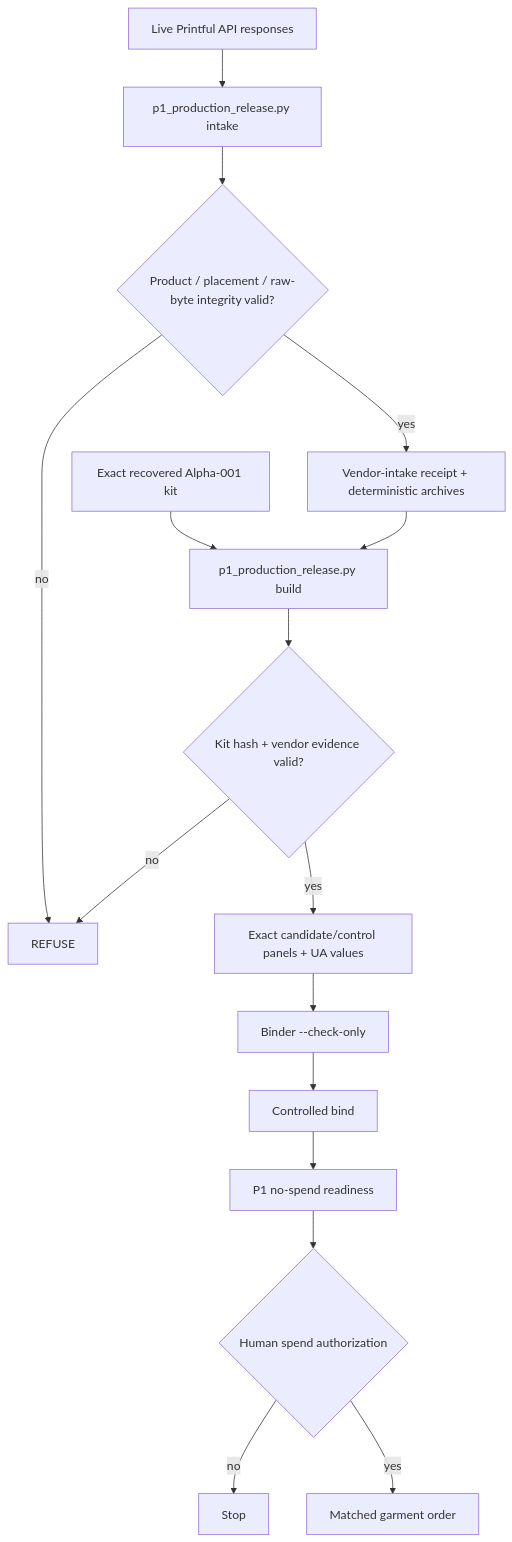
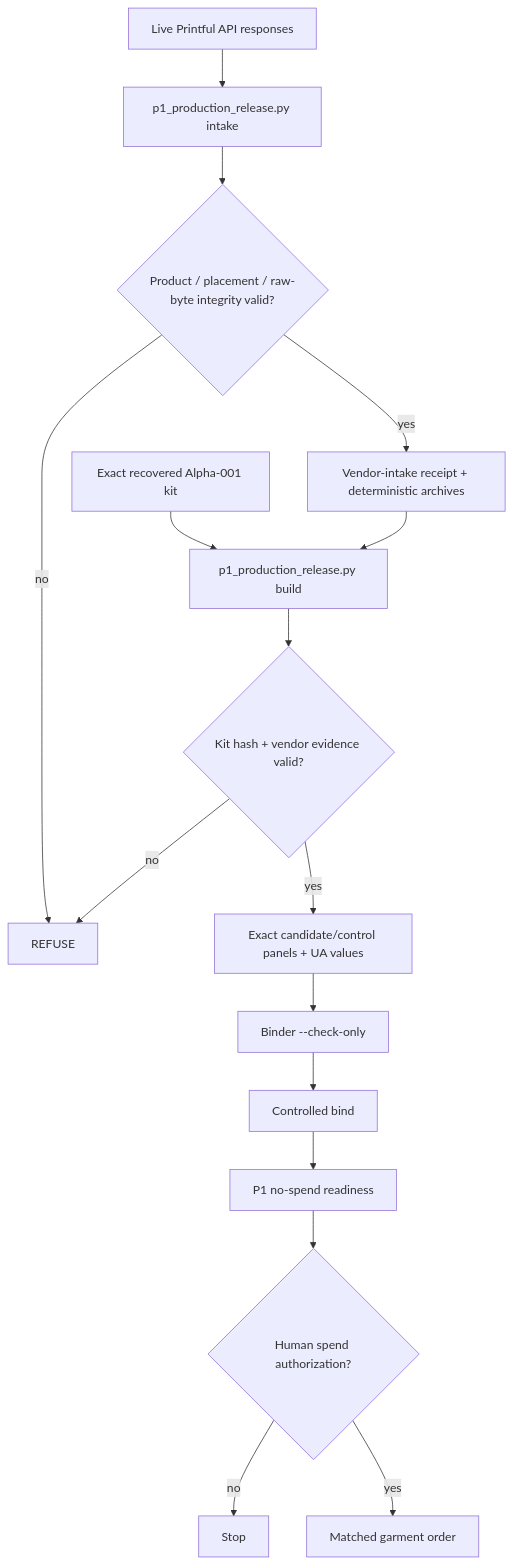
The seventh of 13 diagrams in docs/DIAGRAMS.md (ninja-ops-guy/adversarial-clothing-pipeline), drawn with Mermaid before and after one commit. The commit also changed other lines of this file, not shown here.

Commit message:
fix: harden Mermaid diagrams for GitHub rendering

````diff
--- a/docs/DIAGRAMS.md
+++ b/docs/DIAGRAMS.md
@@ -154,18 +156,18 @@
 ```mermaid
 flowchart TD
-    V[Live Printful API responses] --> I[p1_production_release.py intake]
-    I --> V1{Product / placement / raw-byte integrity valid?}
-    V1 -- no --> X[REFUSE]
-    V1 -- yes --> R[Vendor-intake receipt + deterministic archives]
-    K[Exact recovered Alpha-001 kit] --> B[p1_production_release.py build]
+    V["Live Printful API responses"] --> I["p1_production_release.py intake"]
+    I --> V1{"Product / placement / raw-byte integrity valid?"}
+    V1 -->|"no"| X["REFUSE"]
+    V1 -->|"yes"| R["Vendor-intake receipt + deterministic archives"]
+    K["Exact recovered Alpha-001 kit"] --> B["p1_production_release.py build"]
     R --> B
-    B --> V2{Kit hash + vendor evidence valid?}
-    V2 -- no --> X
-    V2 -- yes --> P[Exact candidate/control panels + UA values]
-    P --> C[Binder --check-only]
-    C --> D[Controlled bind]
-    D --> G[P1 no-spend readiness]
-    G --> H{Human spend authorization}
-    H -- no --> STOP[Stop]
-    H -- yes --> O[Matched garment order]
+    B --> V2{"Kit hash + vendor evidence valid?"}
+    V2 -->|"no"| X
+    V2 -->|"yes"| P["Exact candidate/control panels + UA values"]
+    P --> C["Binder --check-only"]
+    C --> D["Controlled bind"]
+    D --> G["P1 no-spend readiness"]
+    G --> H{"Human spend authorization?"}
+    H -->|"no"| STOP["Stop"]
+    H -->|"yes"| O["Matched garment order"]
 ```
````
